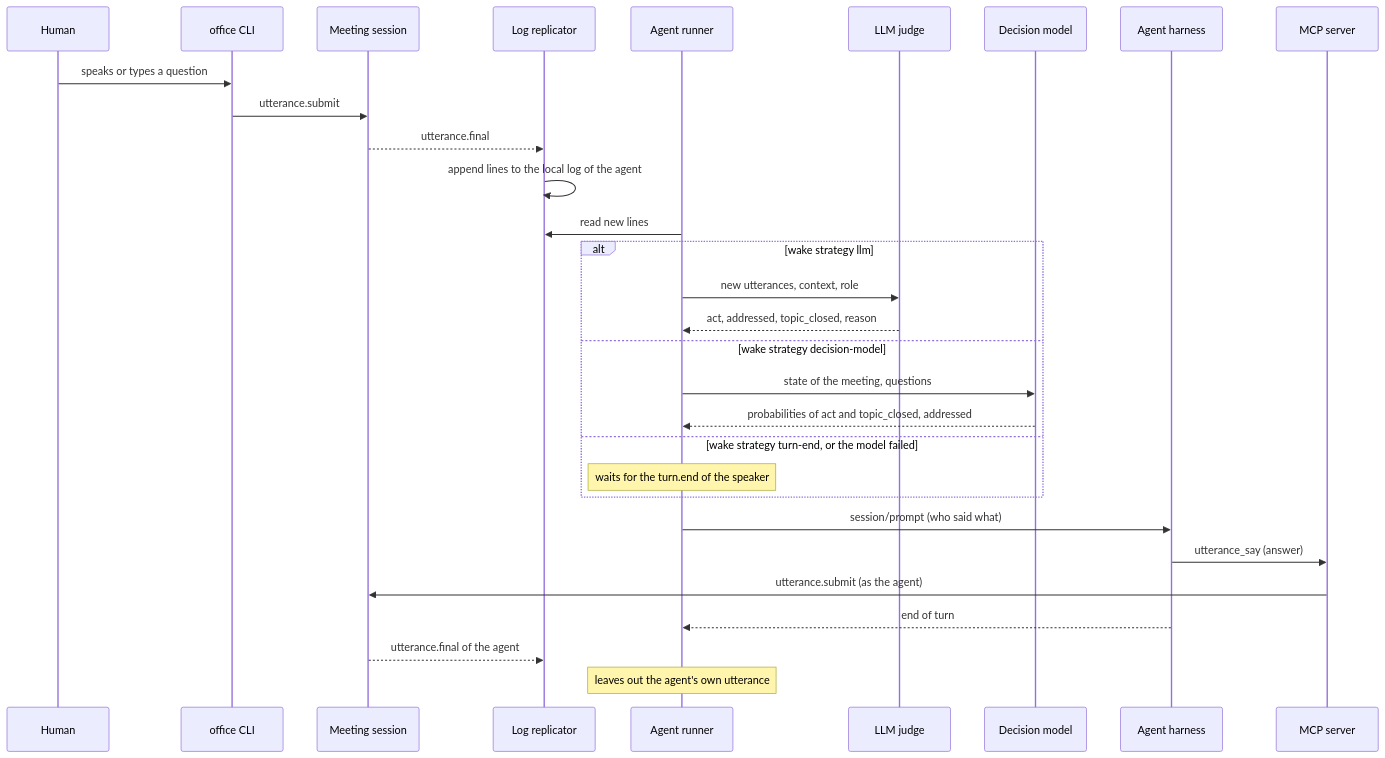
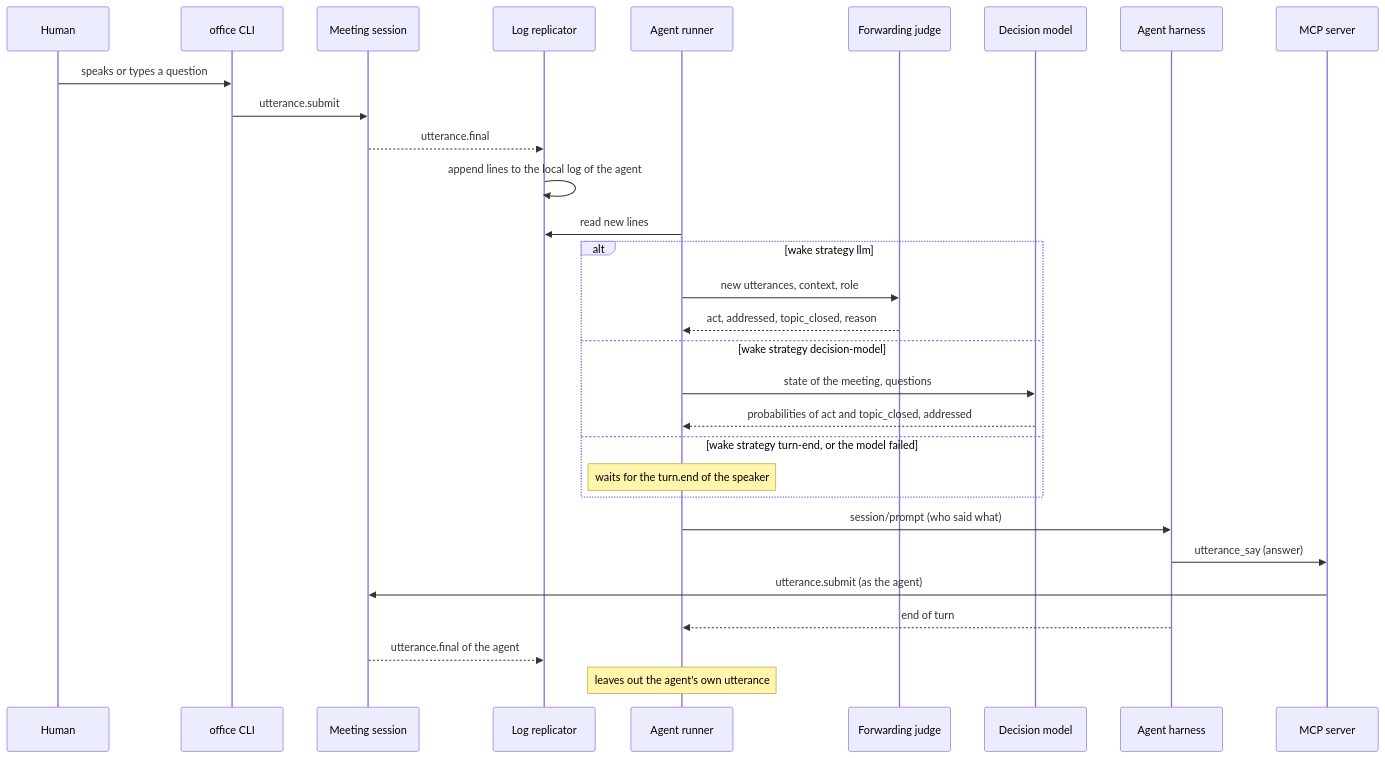
Before and after one commit to mrsimpson/agentic-office: the ninth of 9 diagrams in docs/architecture/06-runtime-view.arc42.md, drawn with Mermaid. The commit also changed other lines of this file and 28 other files, not shown here.

First line of the commit message:
Agent runner: one wake seam, fixed fallback, forwarding judge (#100)

````diff
--- a/docs/architecture/06-runtime-view.arc42.md
+++ b/docs/architecture/06-runtime-view.arc42.md
@@ -462,32 +463,32 @@
 ```mermaid
 sequenceDiagram
     participant actor_human as Human
     participant bb_cli as office CLI
     participant bb_session as Meeting session
     participant bb_replicator as Log replicator
     participant bb_agent_runner as Agent runner
-    participant actor_llm_judge as LLM judge
+    participant actor_forwarding_judge as Forwarding judge
     participant actor_decision_model as Decision model
     participant actor_agent as Agent harness
     participant bb_mcp as MCP server
     actor_human->>bb_cli: speaks or types a question
     bb_cli->>bb_session: utterance.submit
     bb_session-->>bb_replicator: utterance.final
     bb_replicator->>bb_replicator: append lines to the local log of the agent
     bb_agent_runner->>bb_replicator: read new lines
     alt wake strategy llm
-        bb_agent_runner->>actor_llm_judge: new utterances, context, role
-        actor_llm_judge-->>bb_agent_runner: act, addressed, topic_closed, reason
+        bb_agent_runner->>actor_forwarding_judge: new utterances, context, role
+        actor_forwarding_judge-->>bb_agent_runner: act, addressed, topic_closed, reason
     else wake strategy decision-model
         bb_agent_runner->>actor_decision_model: state of the meeting, questions
         actor_decision_model-->>bb_agent_runner: probabilities of act and topic_closed, addressed
     else wake strategy turn-end, or the model failed
         Note over bb_agent_runner: waits for the turn.end of the speaker
     end
     bb_agent_runner->>actor_agent: session/prompt (who said what)
     actor_agent->>bb_mcp: utterance_say (answer)
     bb_mcp->>bb_session: utterance.submit (as the agent)
     actor_agent-->>bb_agent_runner: end of turn
     bb_session-->>bb_replicator: utterance.final of the agent
     Note over bb_agent_runner: leaves out the agent's own utterance
 ```
````
